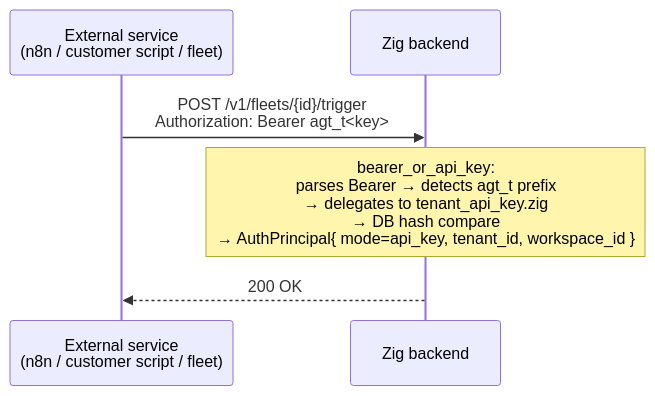
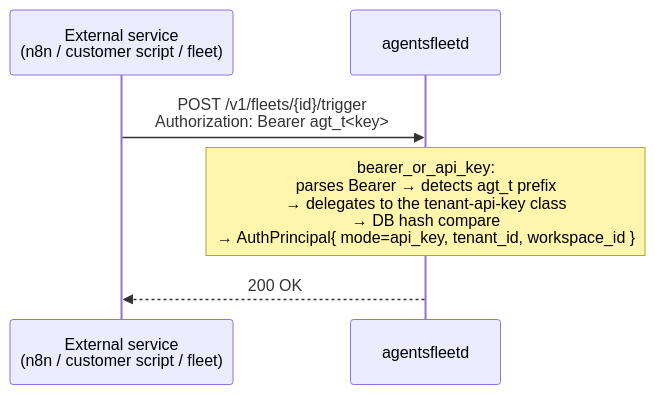
One commit to agentsfleet/agentsfleet changed the fifth of 6 diagrams in docs/AUTH.md. Above: the diagram before and after it, drawn with Mermaid. The commit also changed other lines of this file and 21 other files, not shown here.

````diff
--- a/docs/AUTH.md
+++ b/docs/AUTH.md
@@ -404,9 +404,9 @@
 ```mermaid
 sequenceDiagram
     participant Service as External service<br/>(n8n / customer script / fleet)
-    participant API as Zig backend
+    participant API as agentsfleetd
 
     Service->>API: POST /v1/fleets/{id}/trigger<br/>Authorization: Bearer agt_t<key>
-    Note over API: bearer_or_api_key:<br/>parses Bearer → detects agt_t prefix<br/>→ delegates to tenant_api_key.zig<br/>→ DB hash compare<br/>→ AuthPrincipal{ mode=api_key, tenant_id, workspace_id }
+    Note over API: bearer_or_api_key:<br/>parses Bearer → detects agt_t prefix<br/>→ delegates to the tenant-api-key class<br/>→ DB hash compare<br/>→ AuthPrincipal{ mode=api_key, tenant_id, workspace_id }
     API-->>Service: 200 OK
 ```
````
